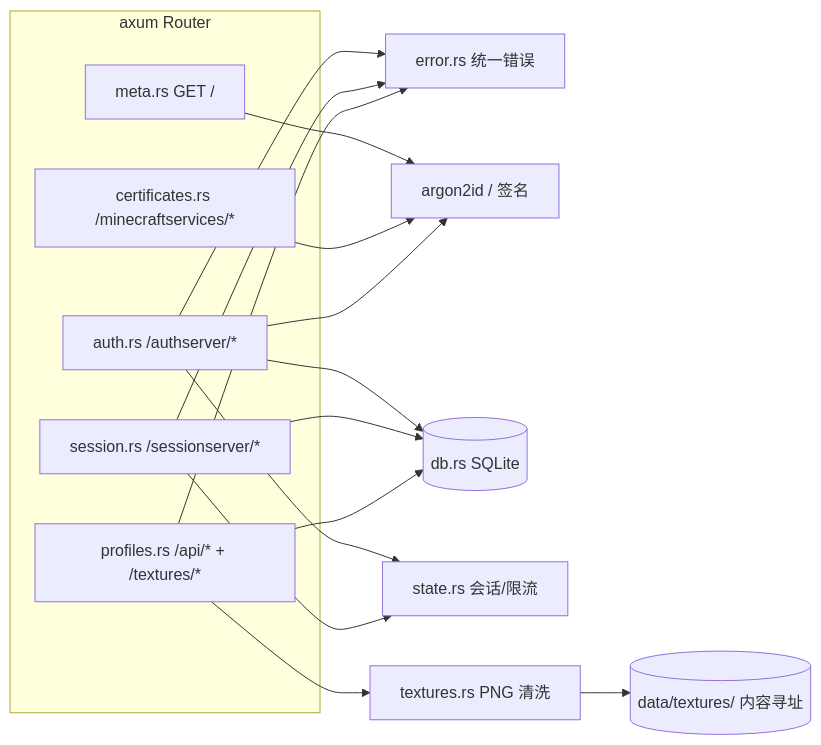
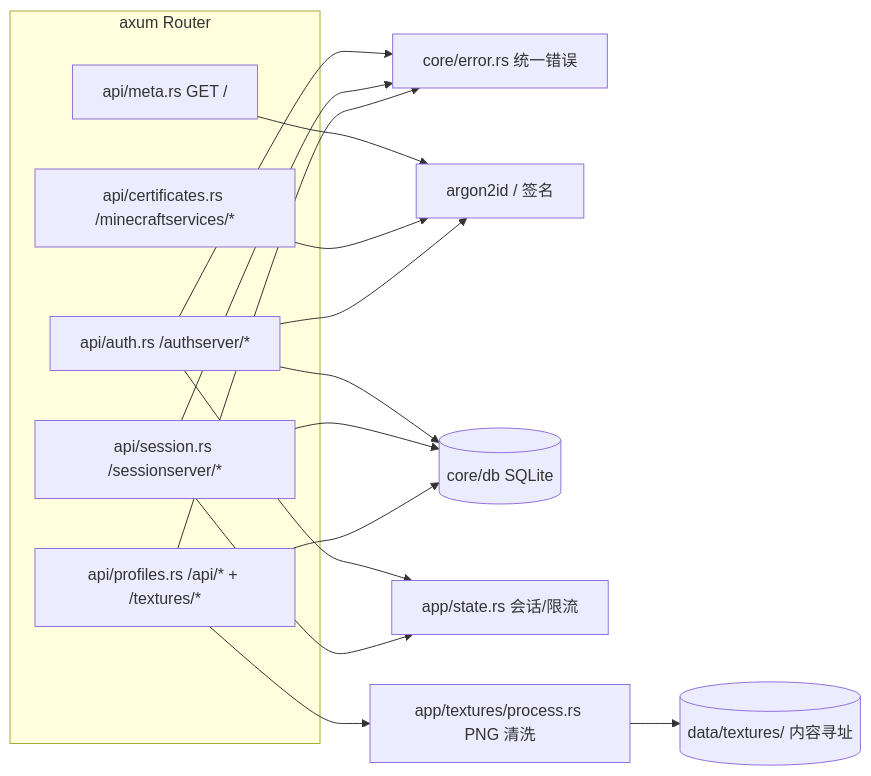
The third of 7 diagrams in docs/architecture.md (RhNu/yggr), drawn with Mermaid before and after one commit. The commit also changed other lines of this file and 24 other files, not shown here.

````diff
--- a/docs/architecture.md
+++ b/docs/architecture.md
@@ -160,23 +175,23 @@
 ```mermaid
 flowchart LR
     subgraph HTTP[axum Router]
-        M[meta.rs GET /]
-        A[auth.rs /authserver/*]
-        S[session.rs /sessionserver/*]
-        P[profiles.rs /api/* + /textures/*]
-        C[certificates.rs /minecraftservices/*]
+        M[api/meta.rs GET /]
+        A[api/auth.rs /authserver/*]
+        S[api/session.rs /sessionserver/*]
+        P[api/profiles.rs /api/* + /textures/*]
+        C[api/certificates.rs /minecraftservices/*]
     end
-    A --> E[error.rs 统一错误]
+    A --> E[core/error.rs 统一错误]
     S --> E
     P --> E
-    M --> CR[crypto.rs 公钥 PEM]
-    A --> DB[(db.rs SQLite)]
+    M --> CR[core/crypto.rs 公钥 PEM]
+    A --> DB[(core/db SQLite)]
     S --> DB
     P --> DB
-    A --> ST[state.rs 会话/限流]
+    A --> ST[app/state.rs 会话/限流]
     S --> ST
-    P --> TX[textures.rs PNG 清洗]
+    P --> TX[app/textures/process.rs PNG 清洗]
     TX --> FS[(data/textures/ 内容寻址)]
     C --> CR
     A --> CR[argon2id / 签名]
 ```
````
